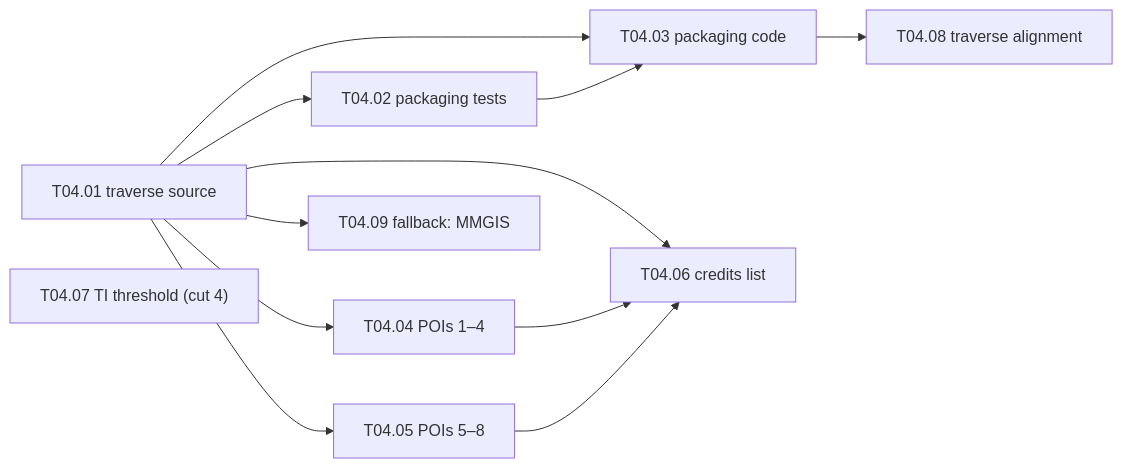
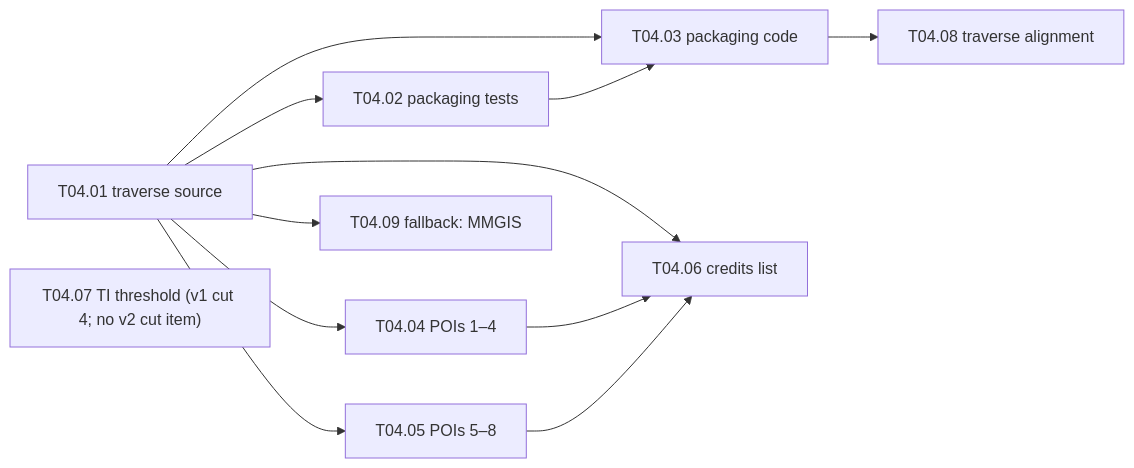
The diagram in docs/tasks/TASK-04_vectors-pois-images.md (tashobi02/Gale-Surface-Ops), drawn with Mermaid before and after one commit. The commit also changed other lines of this file and 24 other files, not shown here.

````diff
--- a/docs/tasks/TASK-04_vectors-pois-images.md
+++ b/docs/tasks/TASK-04_vectors-pois-images.md
@@ -326,14 +330,14 @@
 ```mermaid
 flowchart LR
   T04_01["T04.01 traverse source"] --> T04_02["T04.02 packaging tests"]
   T04_01 --> T04_03["T04.03 packaging code"]
   T04_02 --> T04_03
   T04_01 --> T04_04["T04.04 POIs 1–4"]
   T04_01 --> T04_05["T04.05 POIs 5–8"]
   T04_01 --> T04_06["T04.06 credits list"]
   T04_04 --> T04_06
   T04_05 --> T04_06
   T04_03 --> T04_08["T04.08 traverse alignment"]
   T04_01 --> T04_09["T04.09 fallback: MMGIS"]
-  T04_07["T04.07 TI threshold (cut 4)"]
+  T04_07["T04.07 TI threshold (v1 cut 4; no v2 cut item)"]
 ```
````
